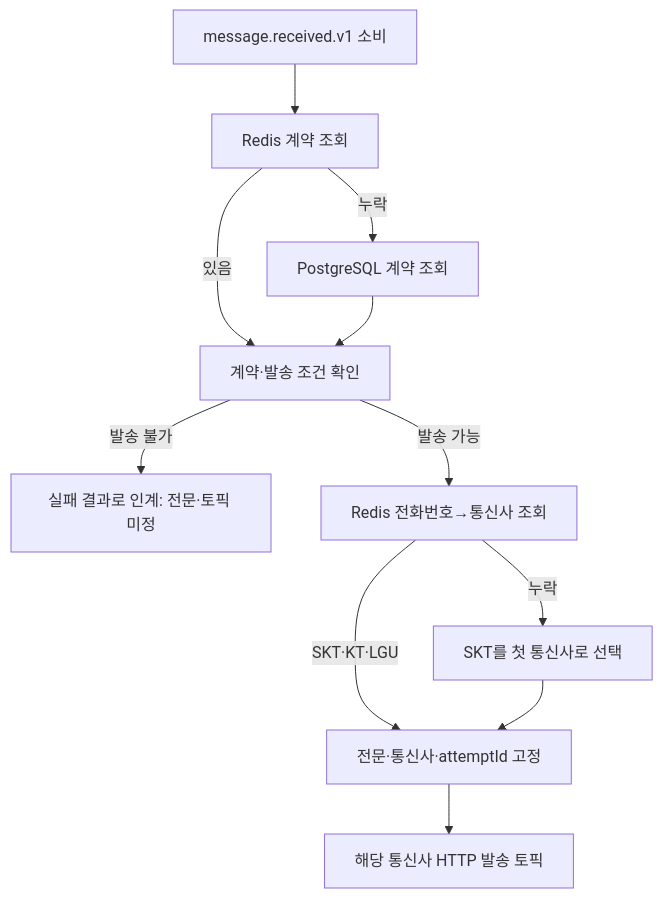
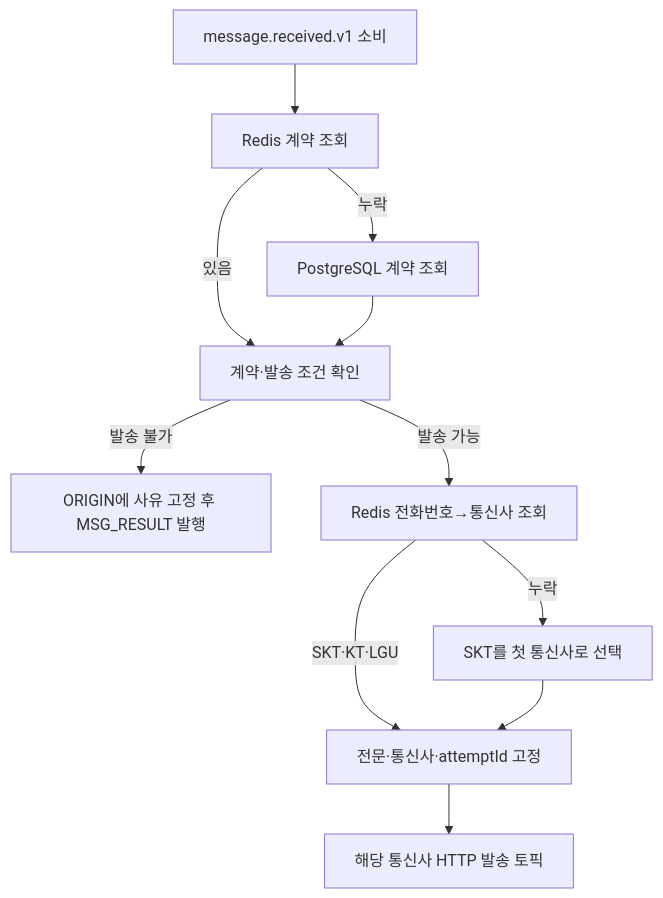
The fourth of 10 diagrams in docs/53-신규-메시지-케이스별-Call-Flow.md (hyun-seung/High-throughput-event-platform), drawn with Mermaid before and after one commit. The commit also changed other lines of this file and 14 other files, not shown here.

````diff
--- a/docs/53-신규-메시지-케이스별-Call-Flow.md
+++ b/docs/53-신규-메시지-케이스별-Call-Flow.md
@@ -148,13 +148,13 @@
 ```mermaid
 flowchart TD
     E[message.received.v1 소비] --> C[Redis 계약 조회]
     C -->|누락| P[PostgreSQL 계약 조회]
     C -->|있음| V[계약·발송 조건 확인]
     P --> V
-    V -->|발송 불가| F[실패 결과로 인계: 전문·토픽 미정]
+    V -->|발송 불가| F[ORIGIN에 사유 고정 후 MSG_RESULT 발행]
     V -->|발송 가능| N[Redis 전화번호→통신사 조회]
     N -->|SKT·KT·LGU| B[전문·통신사·attemptId 고정]
     B --> T[해당 통신사 HTTP 발송 토픽]
     N -->|누락| S[SKT를 첫 통신사로 선택]
     S --> B
 ```
````
